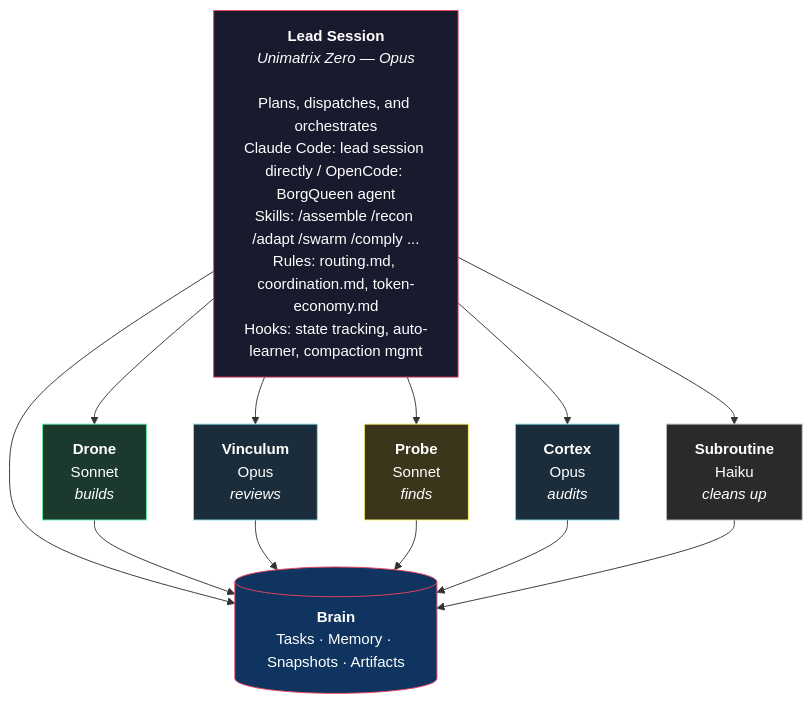
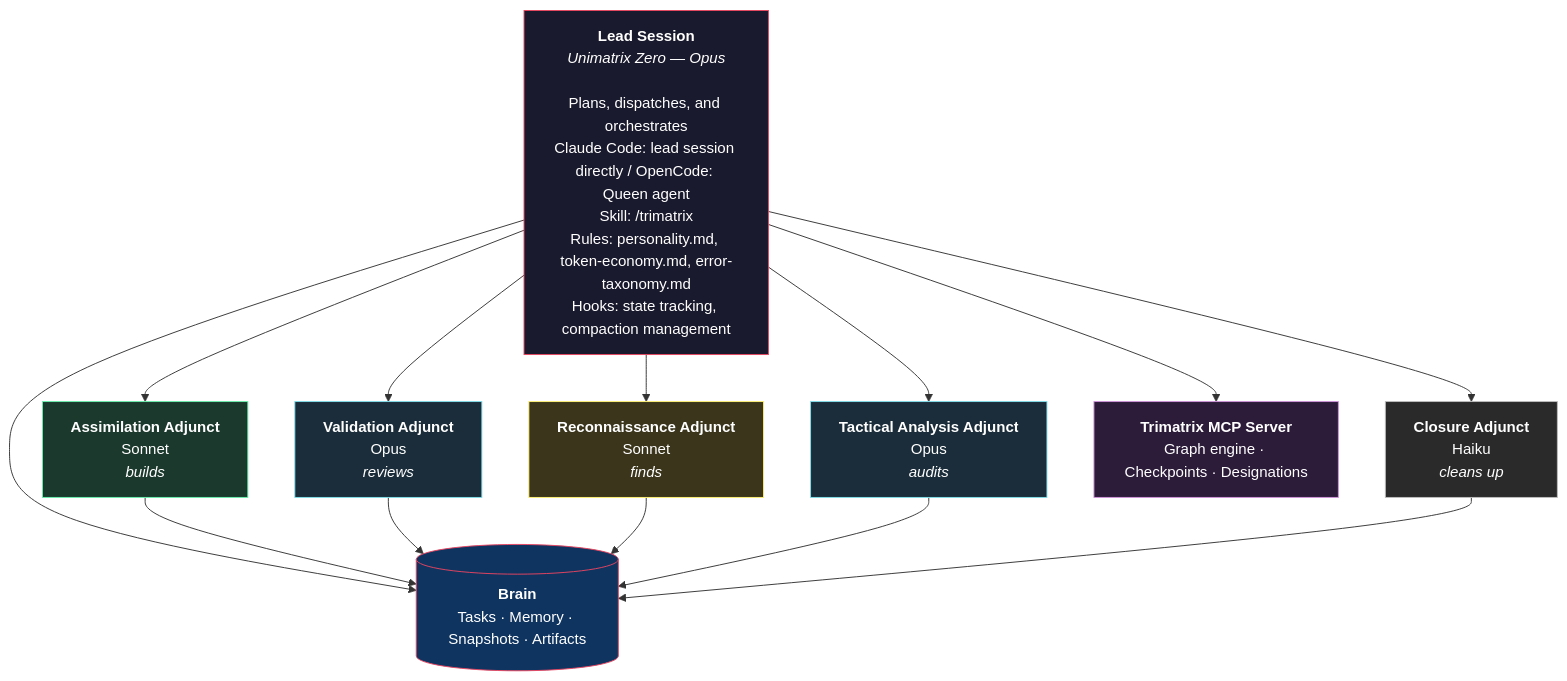
One commit to benediktms/unimatrix changed the second of 10 diagrams in README.md. Above: the diagram before and after it, drawn with Mermaid. The commit also changed other lines of this file and 1 other file, not shown here.

````diff
--- a/README.md
+++ b/README.md
@@ -27,27 +27,30 @@
 ```mermaid
 graph TB
-    Lead["<b>Lead Session</b><br/><i>Unimatrix Zero — Opus</i><br/><br/>Plans, dispatches, and orchestrates<br/>Claude Code: lead session directly / OpenCode: BorgQueen agent<br/>Skills: /assemble /recon /adapt /swarm /comply ...<br/>Rules: routing.md, coordination.md, token-economy.md<br/>Hooks: state tracking, auto-learner, compaction mgmt"]
+    Lead["<b>Lead Session</b><br/><i>Unimatrix Zero — Opus</i><br/><br/>Plans, dispatches, and orchestrates<br/>Claude Code: lead session directly / OpenCode: Queen agent<br/>Skill: /trimatrix<br/>Rules: personality.md, token-economy.md, error-taxonomy.md<br/>Hooks: state tracking, compaction management"]
 
-    Lead --> Drone["<b>Drone</b><br/>Sonnet<br/><i>builds</i>"]
-    Lead --> Vinculum["<b>Vinculum</b><br/>Opus<br/><i>reviews</i>"]
-    Lead --> Probe["<b>Probe</b><br/>Sonnet<br/><i>finds</i>"]
-    Lead --> Cortex["<b>Cortex</b><br/>Opus<br/><i>audits</i>"]
-    Lead --> Subroutine["<b>Subroutine</b><br/>Haiku<br/><i>cleans up</i>"]
+    Lead --> Assimilation["<b>Assimilation Adjunct</b><br/>Sonnet<br/><i>builds</i>"]
+    Lead --> Validation["<b>Validation Adjunct</b><br/>Opus<br/><i>reviews</i>"]
+    Lead --> Recon["<b>Reconnaissance Adjunct</b><br/>Sonnet<br/><i>finds</i>"]
+    Lead --> Tactical["<b>Tactical Analysis Adjunct</b><br/>Opus<br/><i>audits</i>"]
+    Lead --> Closure["<b>Closure Adjunct</b><br/>Haiku<br/><i>cleans up</i>"]
 
     Lead --> Brain
-    Drone --> Brain
-    Vinculum --> Brain
-    Probe --> Brain
-    Cortex --> Brain
-    Subroutine --> Brain
+    Assimilation --> Brain
+    Validation --> Brain
+    Recon --> Brain
+    Tactical --> Brain
+    Closure --> Brain
+
+    Lead --> MCP["<b>Trimatrix MCP Server</b><br/>Graph engine · Checkpoints · Designations"]
 
     Brain[("<b>Brain</b><br/>Tasks · Memory · Snapshots · Artifacts")]
 
     style Lead fill:#1a1a2e,stroke:#e94560,color:#fff
     style Brain fill:#0f3460,stroke:#e94560,color:#fff
-    style Drone fill:#1b3a2d,stroke:#69f0ae,color:#fff
-    style Vinculum fill:#1b2d3a,stroke:#80deea,color:#fff
-    style Probe fill:#3a351b,stroke:#fff176,color:#fff
-    style Cortex fill:#1b2d3a,stroke:#80deea,color:#fff
-    style Subroutine fill:#2a2a2a,stroke:#bdbdbd,color:#fff
+    style MCP fill:#2d1b3a,stroke:#ce93d8,color:#fff
+    style Assimilation fill:#1b3a2d,stroke:#69f0ae,color:#fff
+    style Validation fill:#1b2d3a,stroke:#80deea,color:#fff
+    style Recon fill:#3a351b,stroke:#fff176,color:#fff
+    style Tactical fill:#1b2d3a,stroke:#80deea,color:#fff
+    style Closure fill:#2a2a2a,stroke:#bdbdbd,color:#fff
 ```
````
